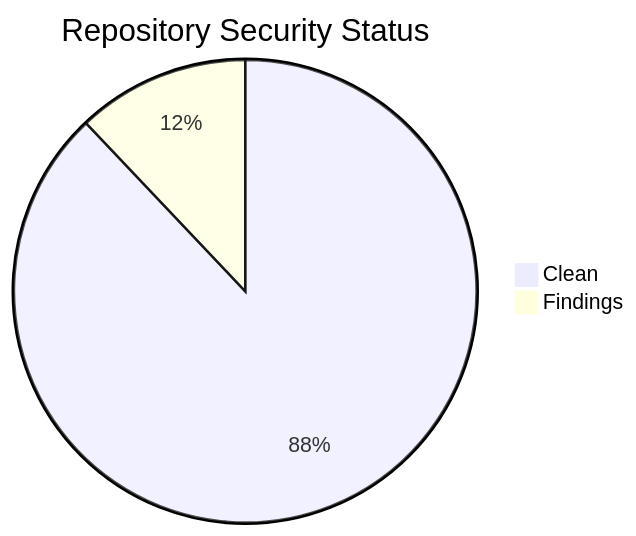
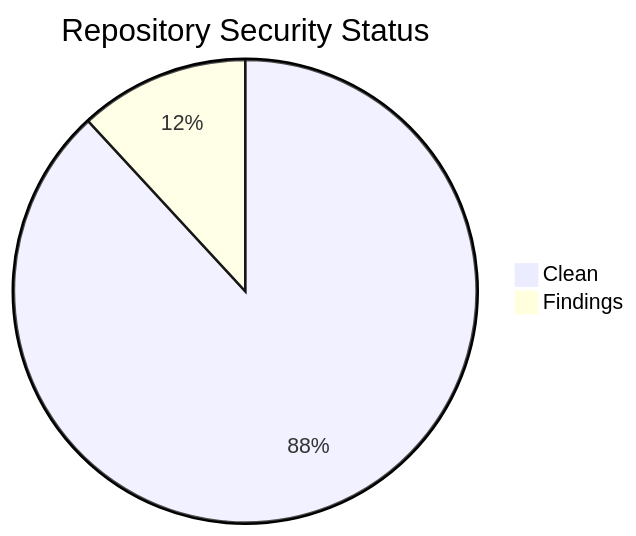
The second of 2 diagrams in projects/status.md (icepaule/icepaule.github.io), drawn with Mermaid before and after one commit. The commit also changed other lines of this file and 52 other files, not shown here.

````diff
--- a/projects/status.md
+++ b/projects/status.md
@@ -121,5 +122,5 @@
 ```mermaid
 pie title Repository Security Status
-    "Clean" : 51
+    "Clean" : 52
     "Findings" : 7
 ```
````
